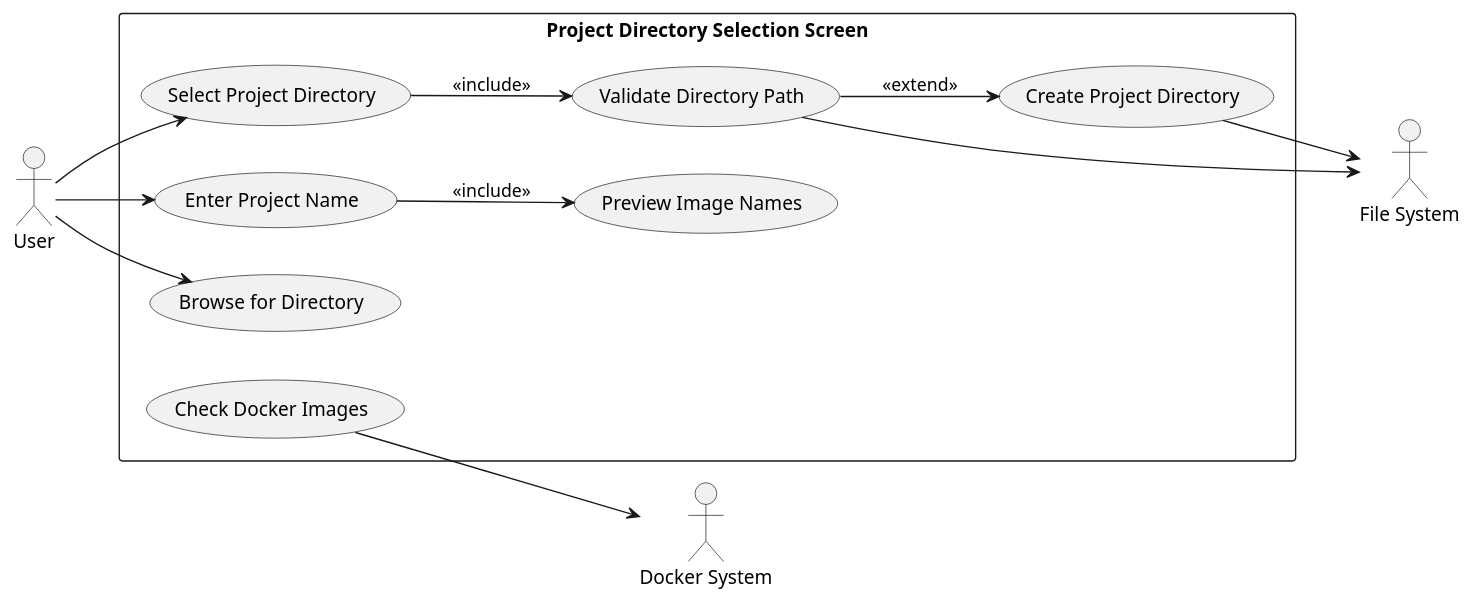
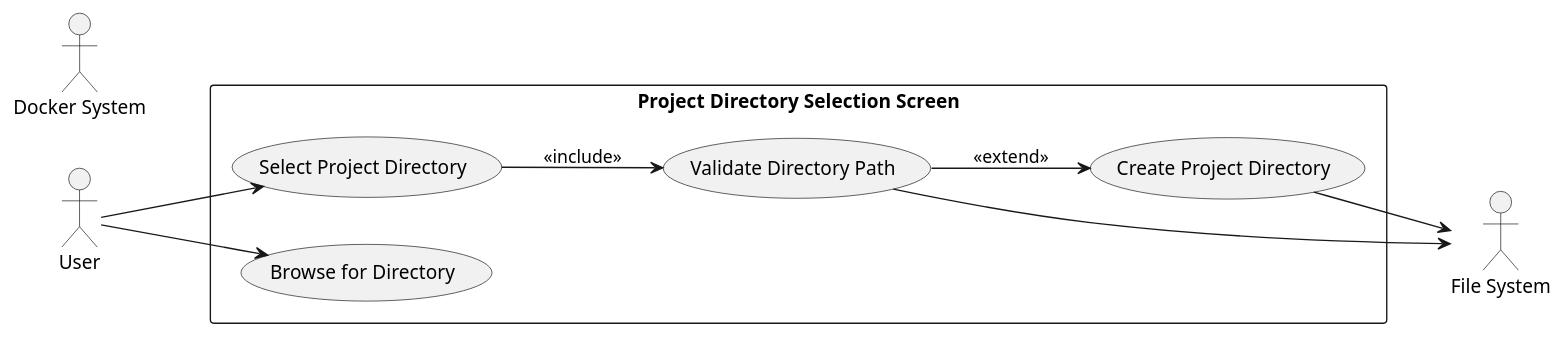
Before and after one commit to igamenovoer/PeiDocker: the first of 5 diagrams in context/plans/gui/screens/sc-1/project-directory-selection-screen-spec.md, drawn with PlantUML. The commit also changed other lines of this file and 17 other files, not shown here.

````diff
--- a/context/plans/gui/screens/sc-1/project-directory-selection-screen-spec.md
+++ b/context/plans/gui/screens/sc-1/project-directory-selection-screen-spec.md
@@ -39,28 +37,22 @@
 ```plantuml
 @startuml
 left to right direction
 actor "User" as user
 actor "File System" as fs
 actor "Docker System" as docker
 
 rectangle "Project Directory Selection Screen" {
   usecase "Select Project Directory" as UC1
-  usecase "Enter Project Name" as UC2
-  usecase "Browse for Directory" as UC3
-  usecase "Validate Directory Path" as UC4
-  usecase "Create Project Directory" as UC5
-  usecase "Check Docker Images" as UC6
-  usecase "Preview Image Names" as UC7
+  usecase "Browse for Directory" as UC2
+  usecase "Validate Directory Path" as UC3
+  usecase "Create Project Directory" as UC4
 }
 
 user --> UC1
 user --> UC2
-user --> UC3
-UC1 --> UC4 : <<include>>
-UC4 --> UC5 : <<extend>>
-UC2 --> UC7 : <<include>>
-UC6 --> docker
+UC1 --> UC3 : <<include>>
+UC3 --> UC4 : <<extend>>
+UC3 --> fs
 UC4 --> fs
-UC5 --> fs
 @enduml
 ```
````
